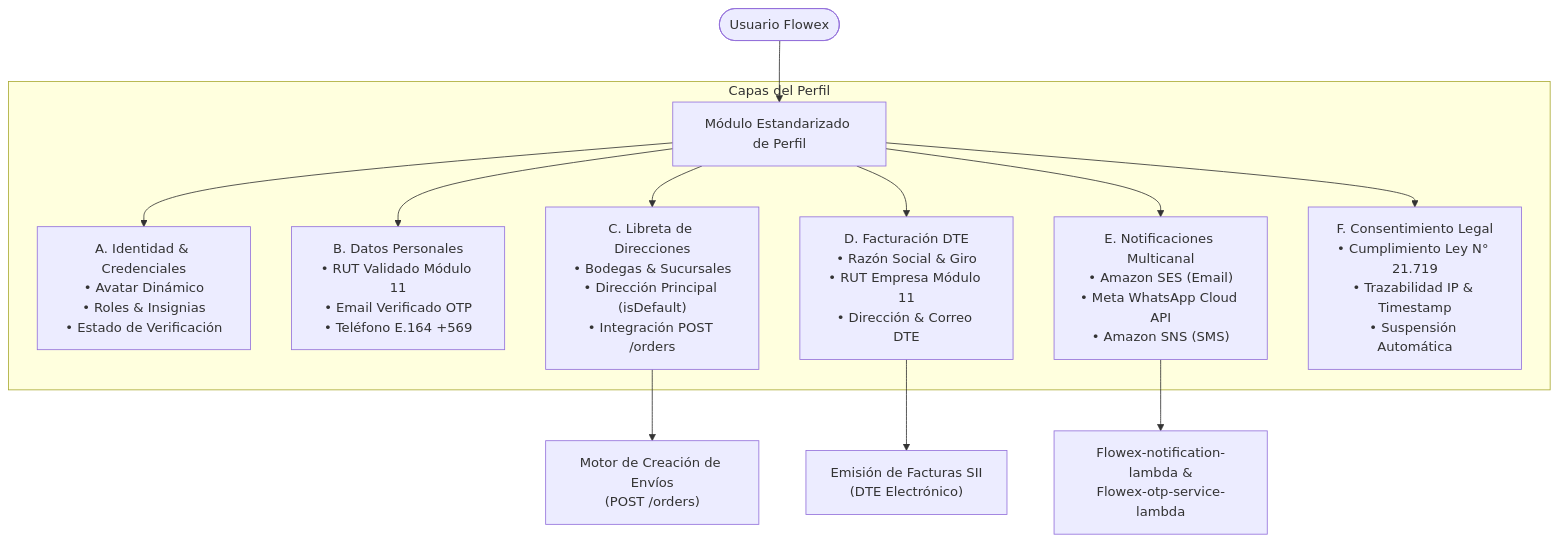
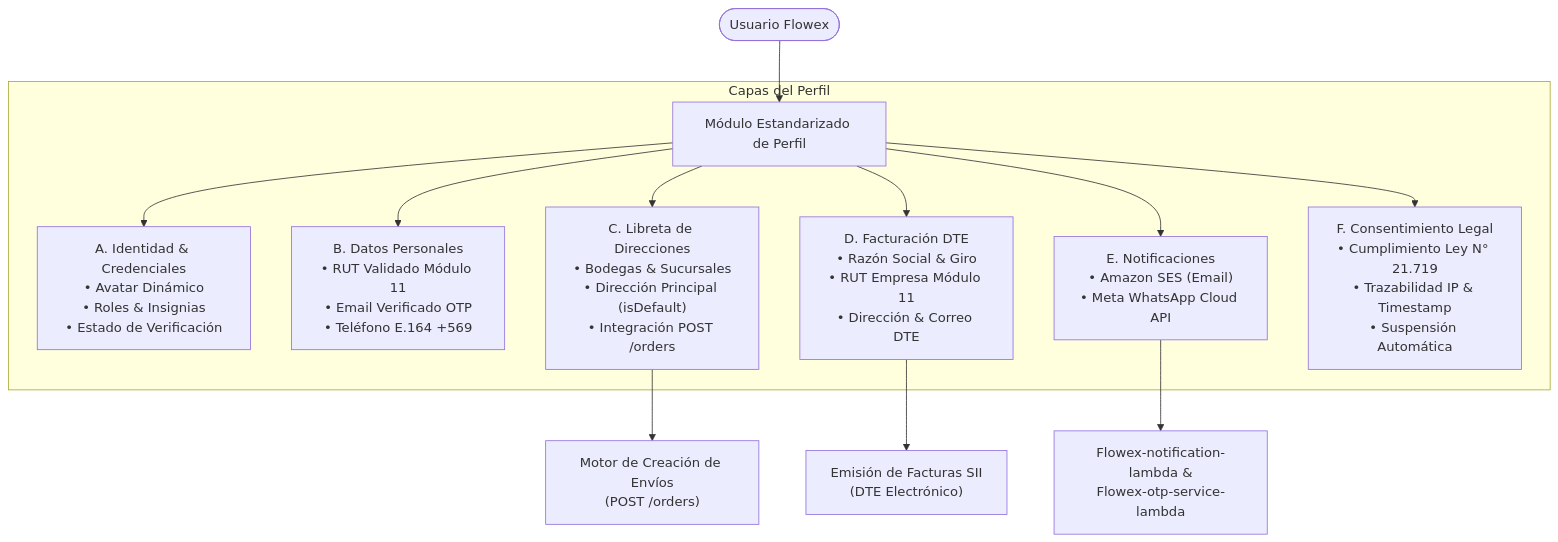
One commit to start-level-cl/Flowex-api-docs changed the diagram in docs-src/profile.md. Above: the diagram before and after it, drawn with Mermaid. The commit also changed other lines of this file and 76 other files, not shown here.

````diff
--- a/docs-src/profile.md
+++ b/docs-src/profile.md
@@ -11,17 +11,17 @@
 ```mermaid
 graph TD
     User([Usuario Flowex]) --> PM[Módulo Estandarizado de Perfil]
 
     subgraph "Capas del Perfil"
         PM --> SecA["A. Identidad & Credenciales<br>• Avatar Dinámico<br>• Roles & Insignias<br>• Estado de Verificación"]
         PM --> SecB["B. Datos Personales<br>• RUT Validado Módulo 11<br>• Email Verificado OTP<br>• Teléfono E.164 +569"]
         PM --> SecC["C. Libreta de Direcciones<br>• Bodegas & Sucursales<br>• Dirección Principal (isDefault)<br>• Integración POST /orders"]
         PM --> SecD["D. Facturación DTE<br>• Razón Social & Giro<br>• RUT Empresa Módulo 11<br>• Dirección & Correo DTE"]
-        PM --> SecE["E. Notificaciones Multicanal<br>• Amazon SES (Email)<br>• Meta WhatsApp Cloud API<br>• Amazon SNS (SMS)"]
+        PM --> SecE["E. Notificaciones<br>• Amazon SES (Email)<br>• Meta WhatsApp Cloud API"]
         PM --> SecF["F. Consentimiento Legal<br>• Cumplimiento Ley N° 21.719<br>• Trazabilidad IP & Timestamp<br>• Suspensión Automática"]
     end
 
     SecC --> Dispatch["Motor de Creación de Envíos<br>(POST /orders)"]
     SecD --> Invoicing["Emisión de Facturas SII<br>(DTE Electrónico)"]
     SecE --> NotificationService["Flowex-notification-lambda &<br>Flowex-otp-service-lambda"]
 ```
````
